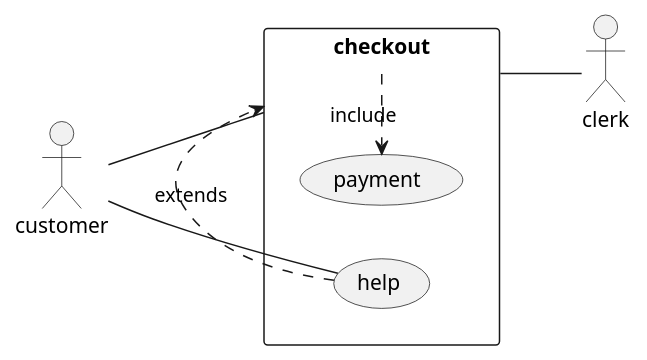
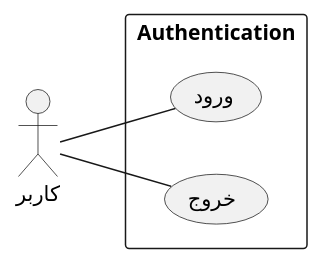
Before and after one commit to SeyedAlirezaFatemi/software-engineering-diagrams: the diagram in src/use-case/use-case-1.wsd, drawn with PlantUML. The commit also changed 3 other files, not shown here.

Commit message:
Added use-case diagrams.

```diff
--- a/src/use-case/use-case-1.wsd
+++ b/src/use-case/use-case-1.wsd
@@ -1,14 +1,12 @@
 @startuml use-case-1
 left to right direction
 skinparam packageStyle rectangle
 skinparam monochrome true
-actor customer
-actor clerk
-rectangle checkout {
-  customer -- (checkout)
-  (checkout) .> (payment) : include
-  (help) .> (checkout) : extends
-  (checkout) -- clerk
-  customer -- (help)
+actor "کاربر" as user
+rectangle Authentication {
+usecase "ورود" as sign_in
+usecase "خروج" as sign_out
 }
+user -- sign_in
+user -- sign_out
 @enduml
```
